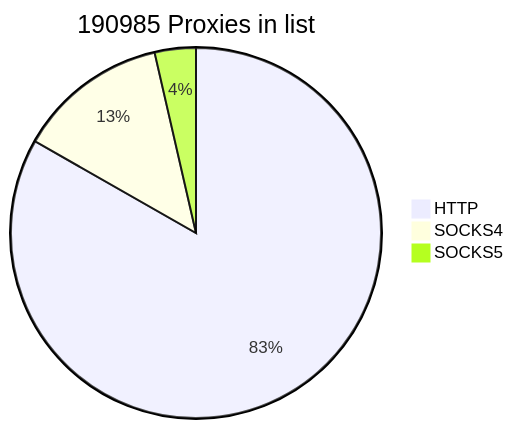
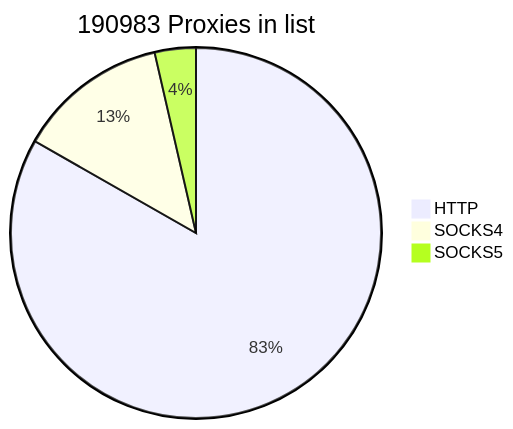
One commit to cutipu/proxylist changed the first of 2 diagrams in README.md. Above: the diagram before and after it, drawn with Mermaid. The commit also changed other lines of this file, not shown here.

````diff
--- a/README.md
+++ b/README.md
@@ -2,7 +2,7 @@
 ```mermaid
-pie title 190985 Proxies in list
+pie title 190983 Proxies in list
     "HTTP" : 158971
     "SOCKS4" : 25158
-    "SOCKS5" : 6856
+    "SOCKS5" : 6854
             
 ```
````
